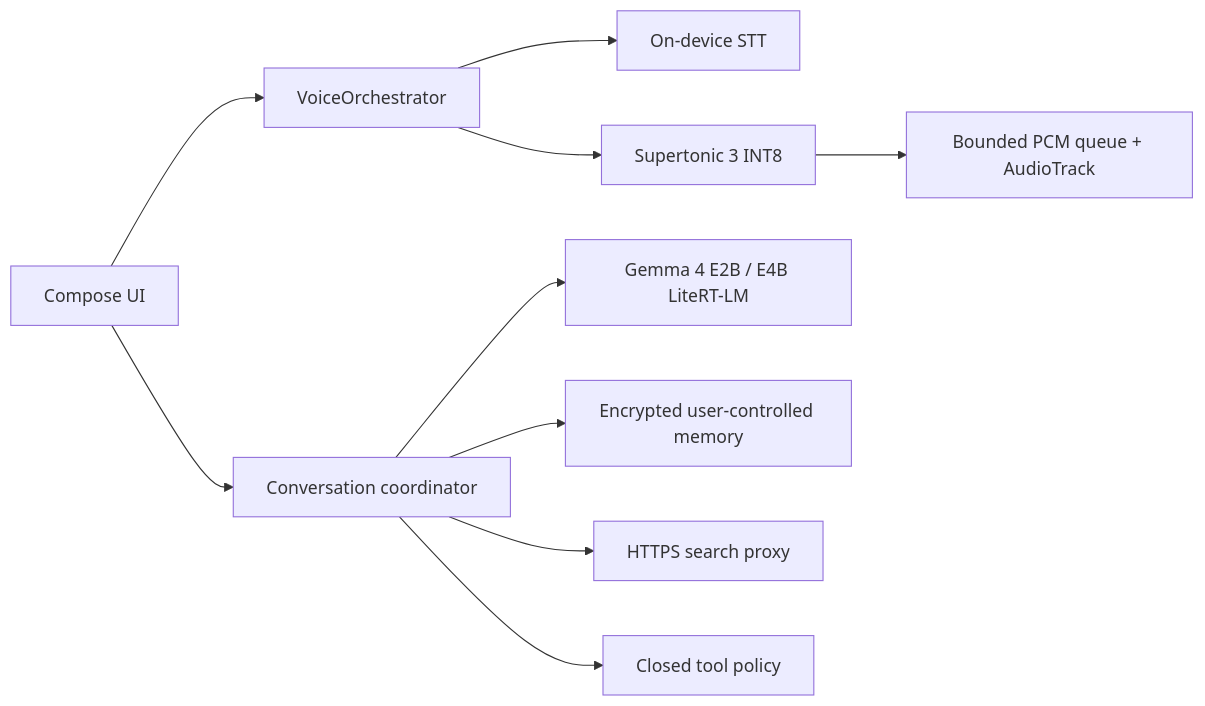
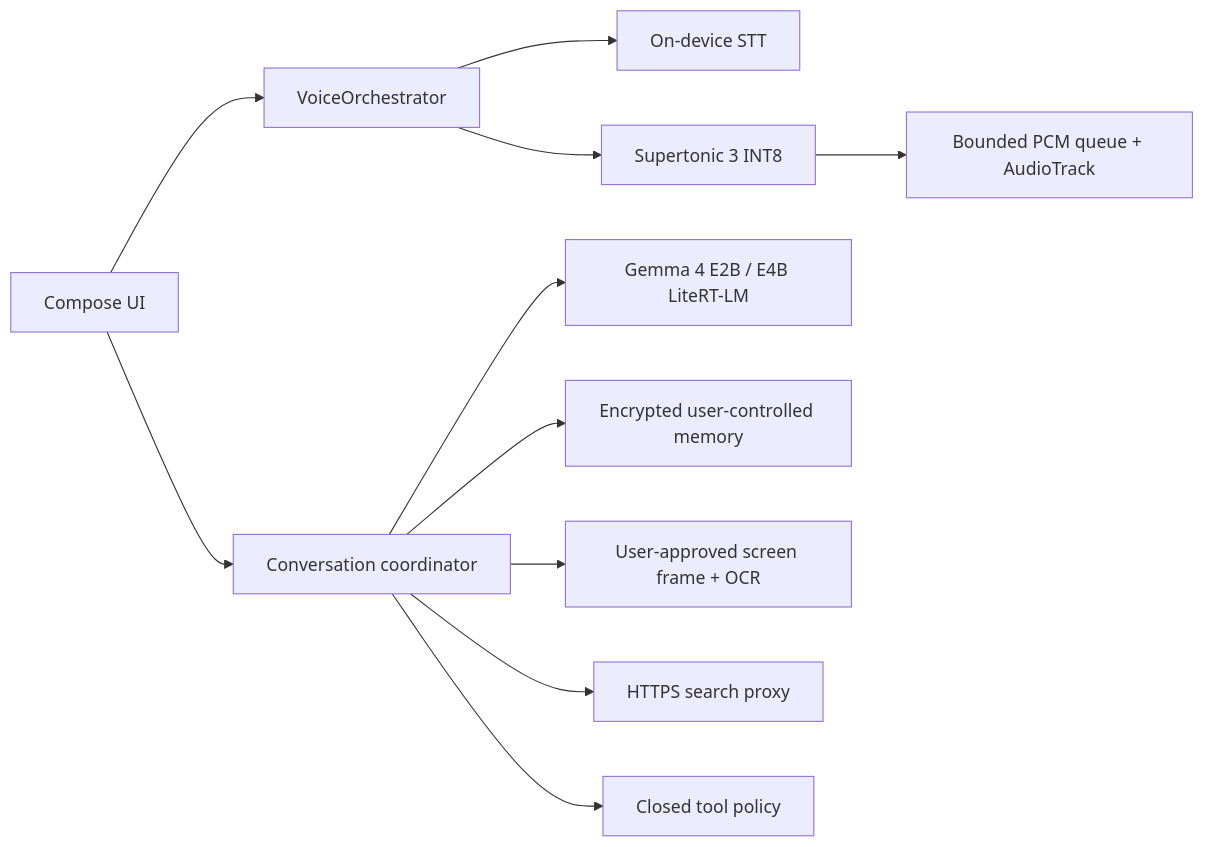
One commit to kutaelee/my-dear changed the diagram in docs/architecture.md. Above: the diagram before and after it, drawn with Mermaid. The commit also changed other lines of this file and 32 other files, not shown here.

````diff
--- a/docs/architecture.md
+++ b/docs/architecture.md
@@ -7,12 +7,13 @@
 ```mermaid
 flowchart LR
   UI["Compose UI"] --> VO["VoiceOrchestrator"]
   UI --> CHAT["Conversation coordinator"]
   VO --> STT["On-device STT"]
   CHAT --> LLM["Gemma 4 E2B / E4B LiteRT-LM"]
   CHAT --> MEMORY["Encrypted user-controlled memory"]
+  CHAT --> SCREEN["User-approved screen frame + OCR"]
   CHAT --> SEARCH["HTTPS search proxy"]
   CHAT --> POLICY["Closed tool policy"]
   VO --> TTS["Supertonic 3 INT8"]
   TTS --> PCM["Bounded PCM queue + AudioTrack"]
 ```
````
